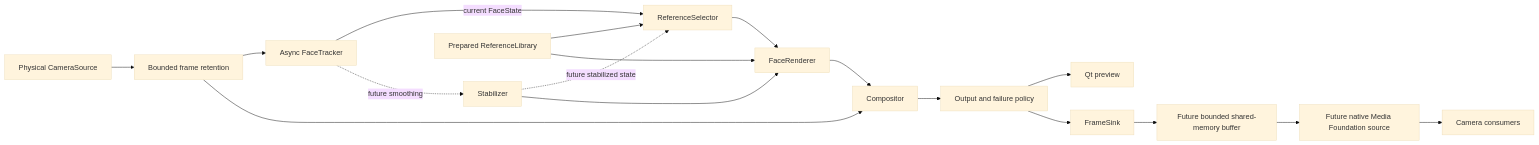
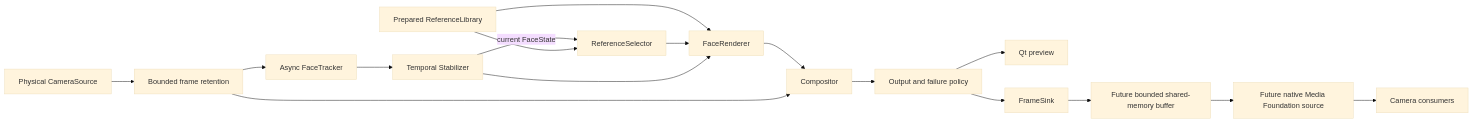
The diagram in docs/architecture.md (rexgallaron524/FaceSwap_For_Visaselfie), drawn with Mermaid (base theme) before and after one commit. The commit also changed other lines of this file and 19 other files, not shown here.

Commit message:
feat(stabilization): add temporal smoothing and expression handling

````diff
--- a/docs/architecture.md
+++ b/docs/architecture.md
@@ -20,20 +21,19 @@
 ```mermaid
 flowchart LR
     Camera[Physical CameraSource] --> Frame[Bounded frame retention]
     Frame --> Tracker[Async FaceTracker]
-    Tracker -->|current FaceState| Selector[ReferenceSelector]
-    Tracker -. future smoothing .-> Stabilizer
-    Stabilizer -. future stabilized state .-> Selector
+    Tracker --> Stabilizer[Temporal Stabilizer]
+    Stabilizer -->|current FaceState| Selector[ReferenceSelector]
     Library[Prepared ReferenceLibrary] --> Selector
     Library --> Renderer[FaceRenderer]
     Selector --> Renderer
     Stabilizer --> Renderer
     Renderer --> Compositor
     Frame --> Compositor
     Compositor --> Policy[Output and failure policy]
     Policy --> Preview[Qt preview]
     Policy --> Sink[FrameSink]
     Sink --> Ring[Future bounded shared-memory buffer]
     Ring --> Native[Future native Media Foundation source]
     Native --> Meeting[Camera consumers]
 ```
````
